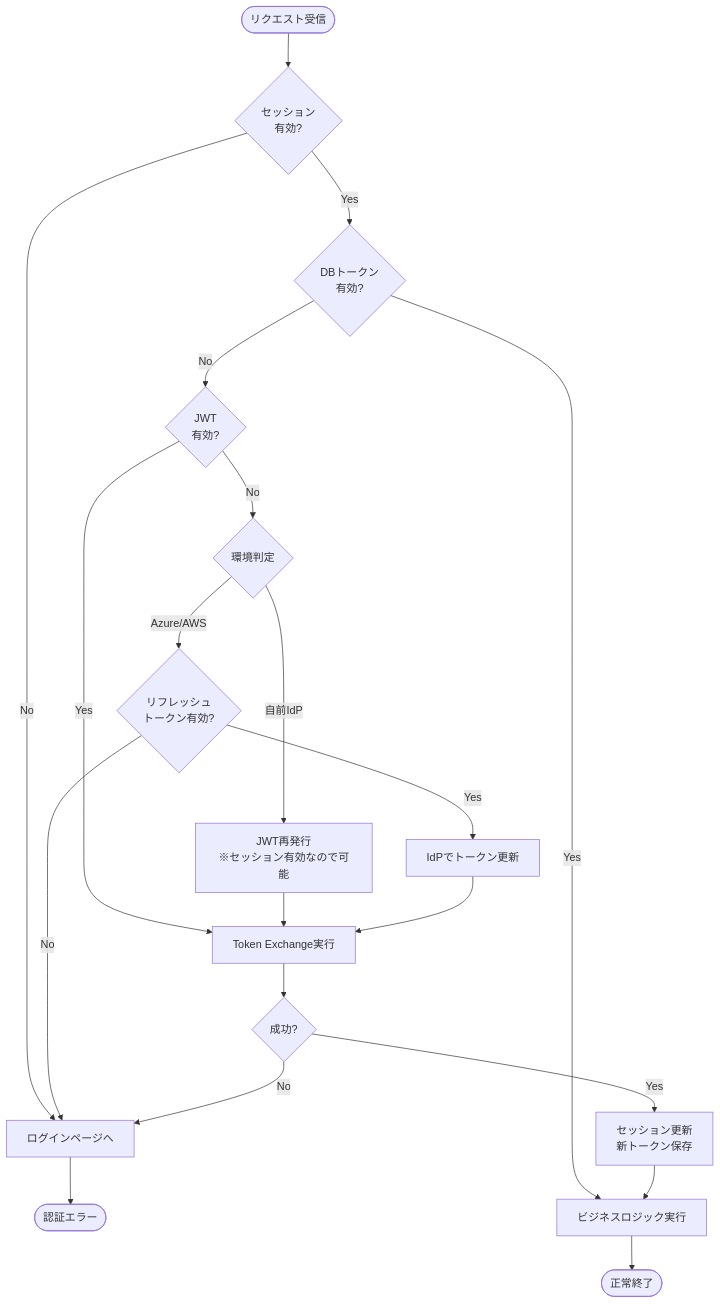
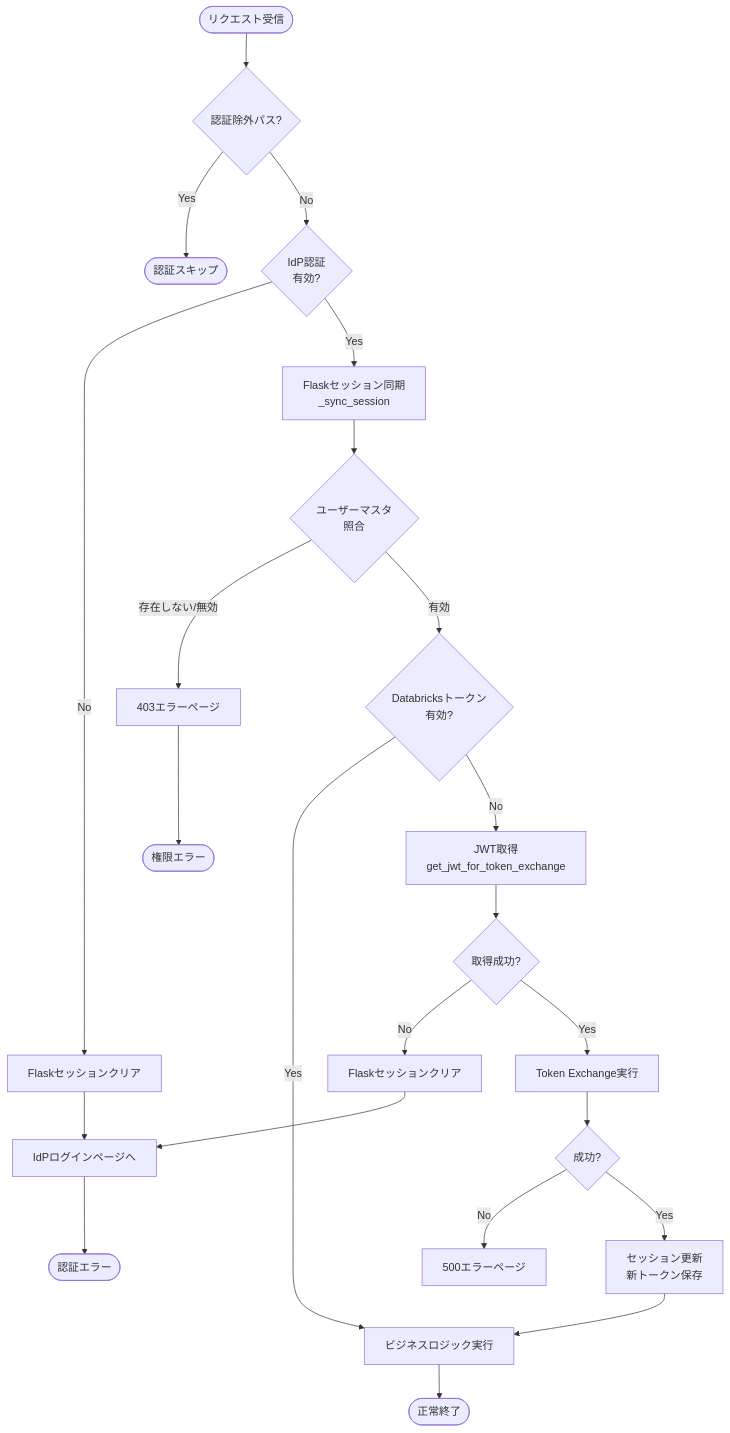
The first of 4 diagrams in docs/03-features/common/authentication-specification.md (NSW-SVCP-AIWG002/Databricks-IoT), drawn with Mermaid before and after one commit. The commit also changed other lines of this file and 4 other files, not shown here.

````diff
--- a/docs/03-features/common/authentication-specification.md
+++ b/docs/03-features/common/authentication-specification.md
@@ -519,31 +212,37 @@
 ```mermaid
 flowchart TD
-    Start([リクエスト受信]) --> CheckSession{セッション<br>有効?}
+    Start([リクエスト受信]) --> CheckExcluded{認証除外パス?}
 
-    CheckSession -->|No| RedirectLogin[ログインページへ]
+    CheckExcluded -->|Yes| End0([認証スキップ])
+
+    CheckExcluded -->|No| CheckIdP{IdP認証<br>有効?}
+
+    CheckIdP -->|No| ClearSession1[Flaskセッションクリア]
+    ClearSession1 --> RedirectLogin[IdPログインページへ]
     RedirectLogin --> End1([認証エラー])
 
-    CheckSession -->|Yes| CheckDBToken{DBトークン<br>有効?}
+    CheckIdP -->|Yes| SyncSession[Flaskセッション同期<br>_sync_session]
+    SyncSession --> CheckUser{ユーザーマスタ<br>照合}
+
+    CheckUser -->|存在しない/無効| Error403[403エラーページ]
+    Error403 --> End2([権限エラー])
+
+    CheckUser -->|有効| CheckDBToken{Databricksトークン<br>有効?}
 
     CheckDBToken -->|Yes| Execute[ビジネスロジック実行]
-    Execute --> End2([正常終了])
+    Execute --> End3([正常終了])
 
-    CheckDBToken -->|No| CheckJWT{JWT<br>有効?}
+    CheckDBToken -->|No| GetJWT[JWT取得<br>get_jwt_for_token_exchange]
+
+    GetJWT --> CheckJWT{取得成功?}
+
+    CheckJWT -->|No| ClearSession2[Flaskセッションクリア]
+    ClearSession2 --> RedirectLogin
 
     CheckJWT -->|Yes| TokenExchange[Token Exchange実行]
 
-    CheckJWT -->|No| CheckEnv{環境判定}
-
-    CheckEnv -->|自前IdP| ReissueJWT[JWT再発行<br>※セッション有効なので可能]
-    ReissueJWT --> TokenExchange
-
-    CheckEnv -->|Azure/AWS| RefreshToken{リフレッシュ<br>トークン有効?}
-    RefreshToken -->|Yes| RefreshJWT[IdPでトークン更新]
-    RefreshJWT --> TokenExchange
-    RefreshToken -->|No| RedirectLogin
-
     TokenExchange --> CheckTE{成功?}
-    CheckTE -->|No| RedirectLogin
+    CheckTE -->|No| Error500[500エラーページ]
     CheckTE -->|Yes| UpdateSession[セッション更新<br>新トークン保存]
     UpdateSession --> Execute
 ```
````
